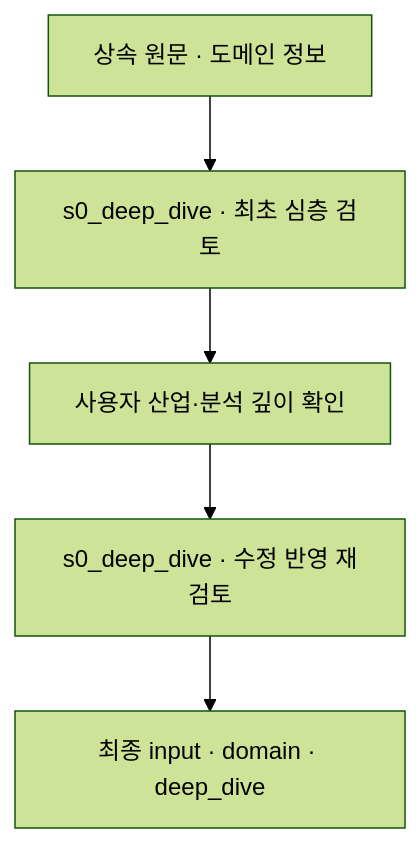
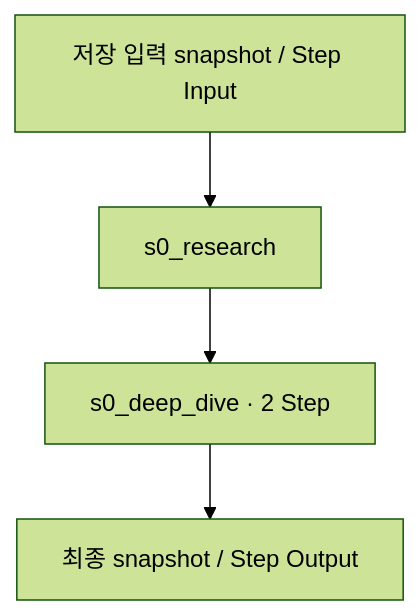
The diagram in docs/sample-data/rotation-serial-latest/stages/02-s0-research.md (equipment0226/triz_backend), drawn with Mermaid (forest theme) before and after one commit. The commit also changed other lines of this file and 1606 other files, not shown here.

````diff
--- a/docs/sample-data/rotation-serial-latest/stages/02-s0-research.md
+++ b/docs/sample-data/rotation-serial-latest/stages/02-s0-research.md
@@ -9,7 +12,6 @@
 ```mermaid
 flowchart TD
-    I["상속 원문 · 도메인 정보"] --> A["s0_deep_dive · 최초 심층 검토"]
-    A --> H["사용자 산업·분석 깊이 확인"]
-    H --> B["s0_deep_dive · 수정 반영 재검토"]
-    B --> O["최종 input · domain · deep_dive"]
+    I["저장 입력 snapshot / Step Input"] --> S["s0_research"]
+    S --> P0["s0_deep_dive · 2 Step"]
+    P0 --> O["최종 snapshot / Step Output"]
 ```
````
